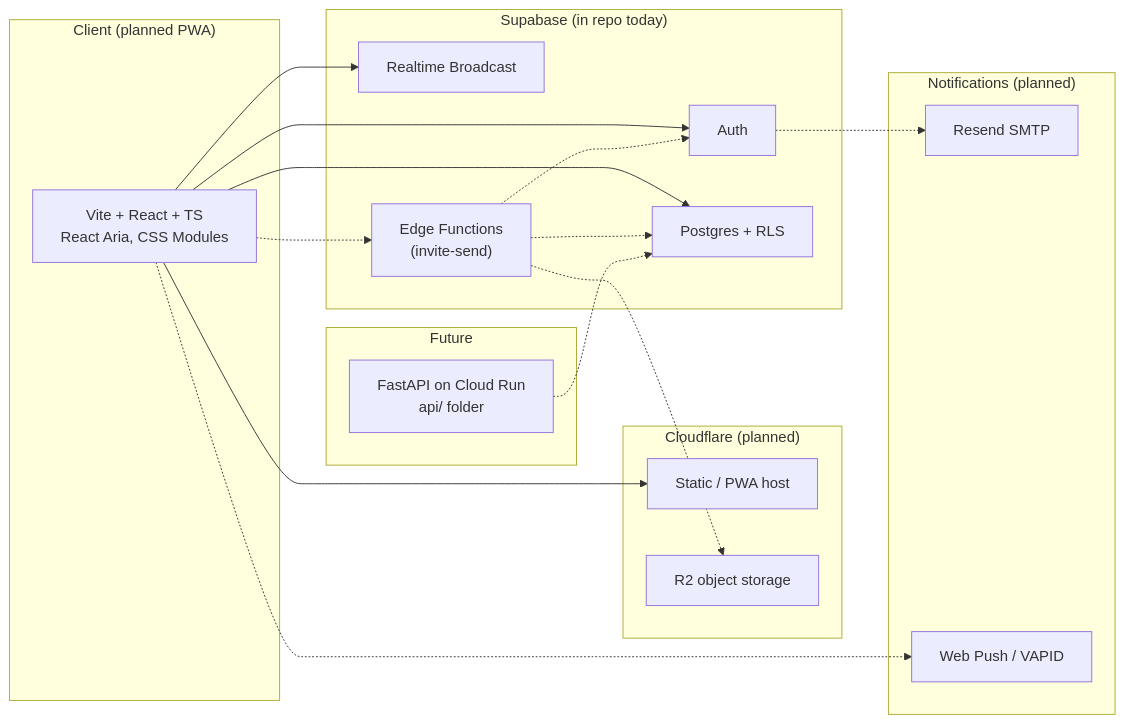
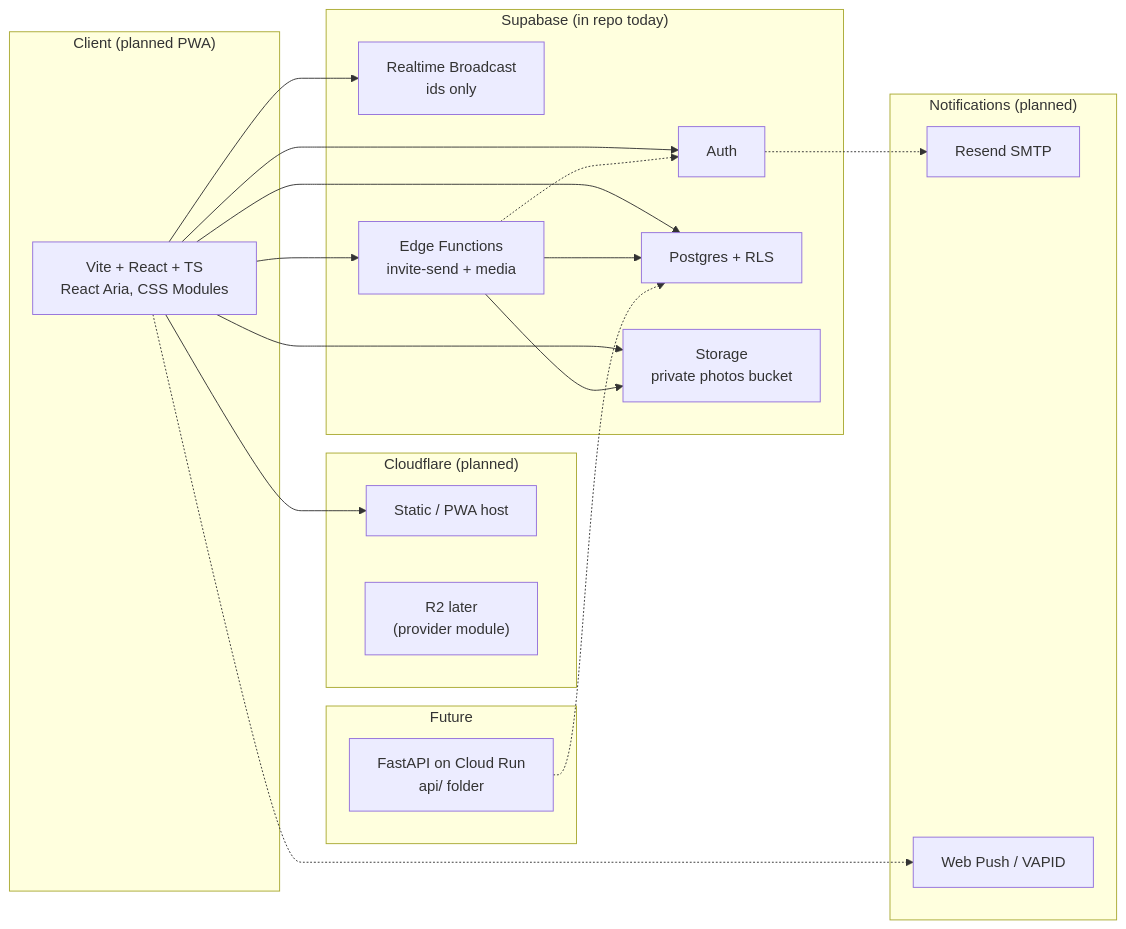
The first of 3 diagrams in docs/architecture.md (naftalib/stay_in_touch), drawn with Mermaid before and after one commit. The commit also changed other lines of this file and 86 other files, not shown here.

First line of the commit message:
Add private photo storage, composer upload, and the Pics tab.

````diff
--- a/docs/architecture.md
+++ b/docs/architecture.md
@@ -7,34 +7,36 @@
 ```mermaid
 flowchart LR
   subgraph client["Client (planned PWA)"]
     Web["Vite + React + TS<br/>React Aria, CSS Modules"]
   end
   subgraph cf["Cloudflare (planned)"]
     Pages["Static / PWA host"]
-    R2["R2 object storage"]
+    R2["R2 later<br/>(provider module)"]
   end
   subgraph supa["Supabase (in repo today)"]
     Auth["Auth"]
     PG["Postgres + RLS"]
-    RT["Realtime Broadcast"]
-    EF["Edge Functions<br/>(invite-send)"]
+    ST["Storage<br/>private photos bucket"]
+    RT["Realtime Broadcast<br/>ids only"]
+    EF["Edge Functions<br/>invite-send + media"]
   end
   subgraph notify["Notifications (planned)"]
     Resend["Resend SMTP"]
     Push["Web Push / VAPID"]
   end
   subgraph future["Future"]
     API["FastAPI on Cloud Run<br/>api/ folder"]
   end
   Web --> Pages
   Web --> Auth
   Web --> PG
+  Web --> ST
   Web --> RT
-  Web -.-> EF
-  EF -.-> R2
-  EF -.-> PG
+  Web --> EF
+  EF --> ST
+  EF --> PG
   EF -.-> Auth
   Auth -.-> Resend
   Web -.-> Push
   API -.-> PG
 ```
````
